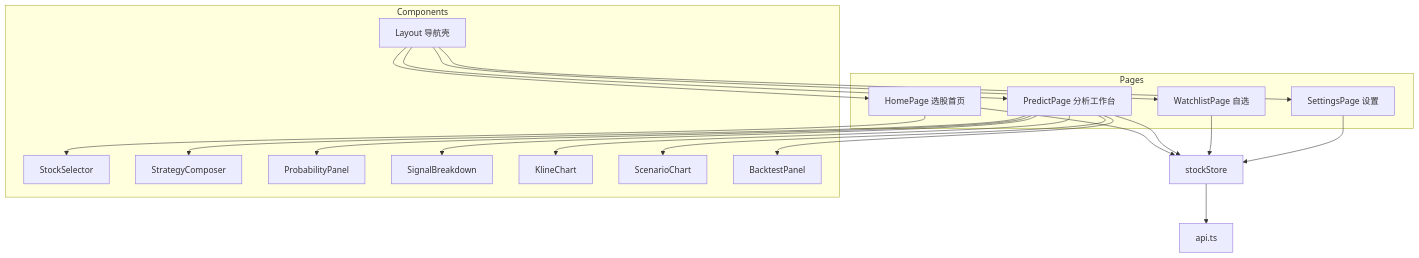
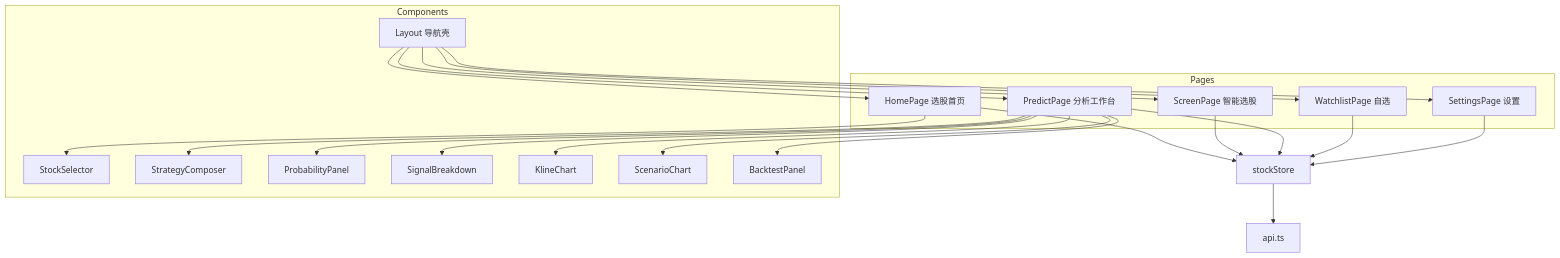
Before and after one commit to wuyanwen1997-wyw/stock-predict: the eighth of 18 diagrams in docs/软件设计说明.md, drawn with Mermaid. The commit also changed other lines of this file and 10 other files, not shown here.

````diff
--- a/docs/软件设计说明.md
+++ b/docs/软件设计说明.md
@@ -334,26 +359,27 @@
 ```mermaid
 flowchart TB
     subgraph Pages
         Home[HomePage 选股首页]
+        Screen[ScreenPage 智能选股]
         Pred[PredictPage 分析工作台]
         Watch[WatchlistPage 自选]
         Set[SettingsPage 设置]
     end
 
     subgraph Components
         Lay[Layout 导航壳]
         Sel[StockSelector]
         Comp[StrategyComposer]
         Prob[ProbabilityPanel]
         Sig[SignalBreakdown]
         K[KlineChart]
         Sc[ScenarioChart]
         Bt[BacktestPanel]
     end
 
-    Lay --> Home & Pred & Watch & Set
+    Lay --> Home & Screen & Pred & Watch & Set
     Pred --> Comp & Prob & Sig & K & Sc & Bt
     Home --> Sel
-    Home & Pred & Watch & Set --> Store[stockStore]
+    Home & Screen & Pred & Watch & Set --> Store[stockStore]
     Store --> API[api.ts]
 ```
````
